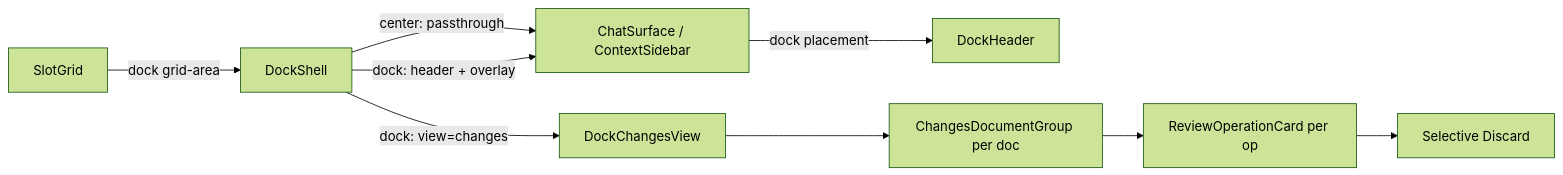
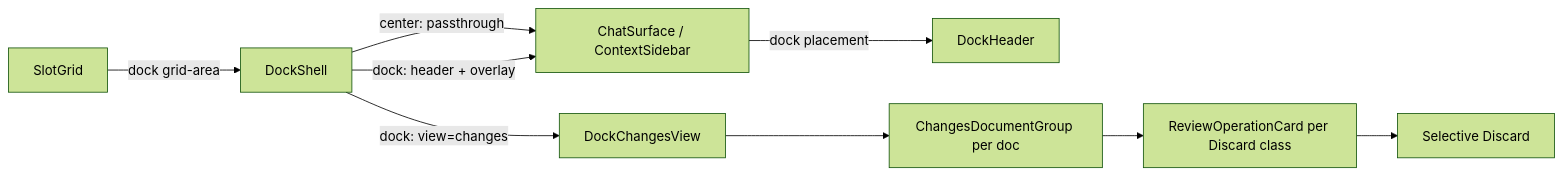
One commit to haowjy/meridian changed the diagram in apps/app/src/features/project/dock/.context/CONTEXT.md. Above: the diagram before and after it, drawn with Mermaid (forest theme). The commit also changed other lines of this file and 8 other files, not shown here.

````diff
--- a/apps/app/src/features/project/dock/.context/CONTEXT.md
+++ b/apps/app/src/features/project/dock/.context/CONTEXT.md
@@ -102,11 +102,11 @@
 ```mermaid
 flowchart LR
     Grid[SlotGrid] -->|dock grid-area| DockShell
     DockShell -->|center: passthrough| Occupant[ChatSurface / ContextSidebar]
     DockShell -->|dock: header + overlay| Occupant
     DockShell -->|dock: view=changes| Changes[DockChangesView]
     Occupant -->|dock placement| DockHeader
     Changes --> DocGroup[ChangesDocumentGroup per doc]
-    DocGroup --> Card[ReviewOperationCard per op]
+    DocGroup --> Card[ReviewOperationCard per Discard class]
     Card --> Verbs[Selective Discard]
 ```
````
